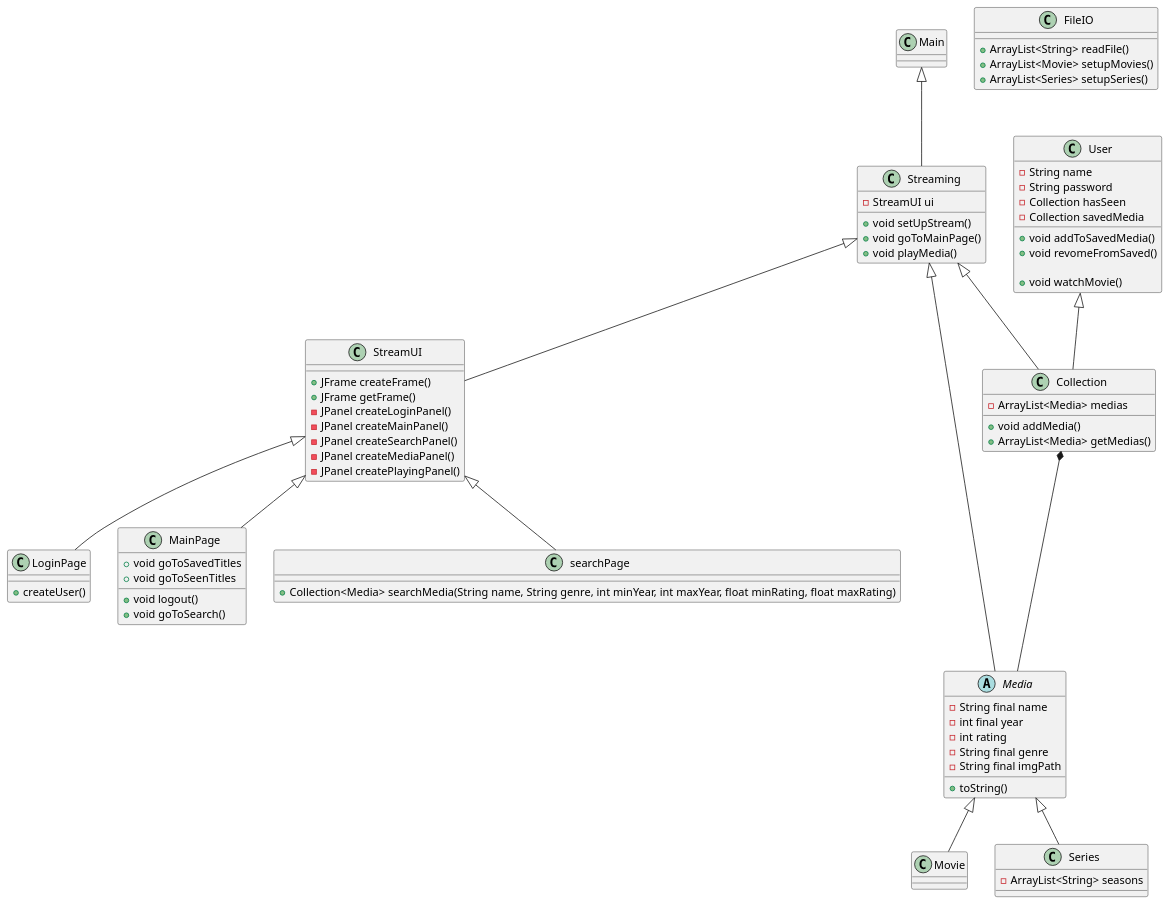
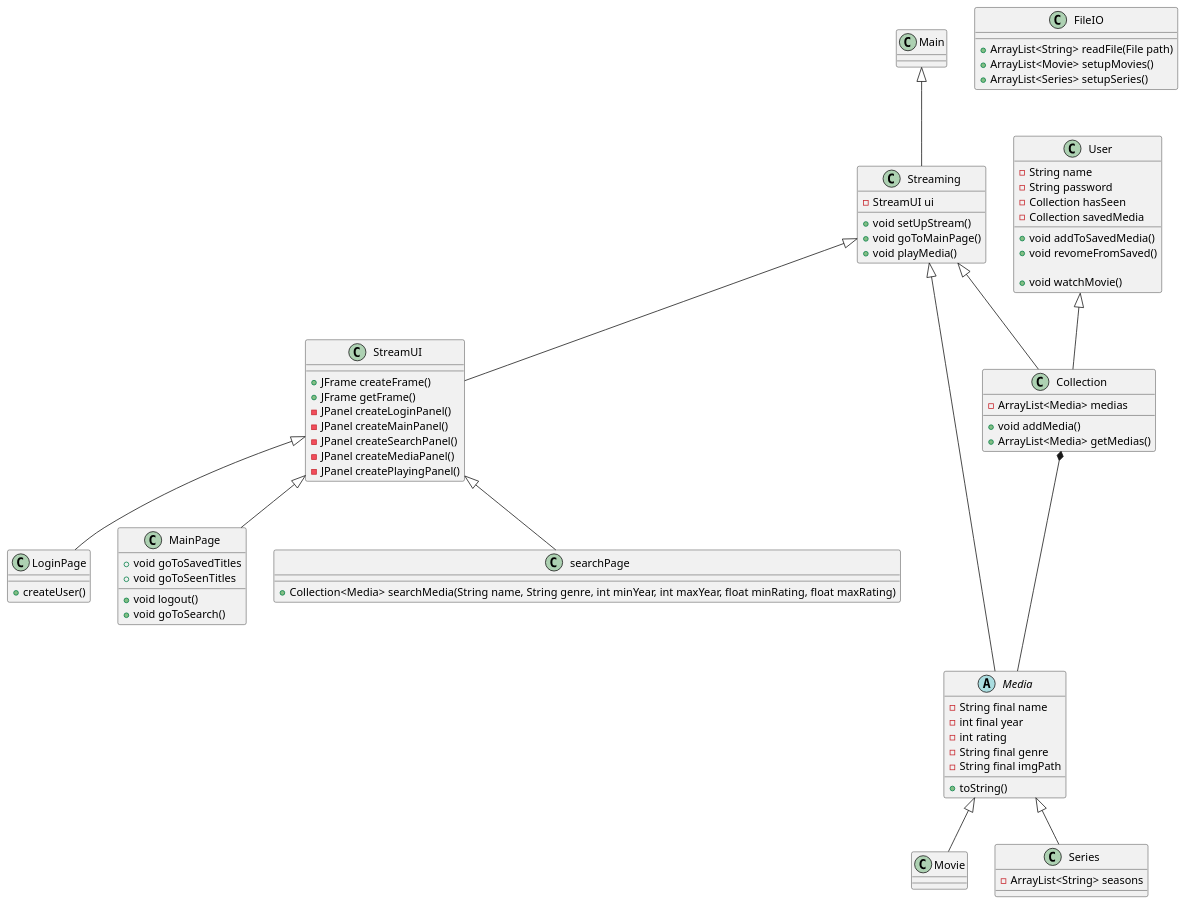
One commit to TheRealJackiBoi/dat1-sp3-streaming changed the diagram in Documentation/Streaming.puml. Above: the diagram before and after it, drawn with PlantUML. The commit also changed 1 other file, not shown here.

```diff
--- a/Documentation/Streaming.puml
+++ b/Documentation/Streaming.puml
@@ -1,94 +1,94 @@
 @startuml
 
 'https://plantuml.com/class-diagram
 
 class Main{
 
 }
 
 Main <|-- Streaming
 class Streaming{
 -StreamUI ui
 +void setUpStream()
 +void goToMainPage()
 +void playMedia()
 }
 
 StreamUI <|-- LoginPage
 class LoginPage{
 + createUser()
 
 }
 
 StreamUI <|-- MainPage
 class MainPage {
 +void logout()
 +void goToSearch()
 +void goToSavedTitles
 +void goToSeenTitles
 }
 
 StreamUI <|-- searchPage
 class searchPage{
 
 +Collection<Media> searchMedia(String name, String genre, int minYear, int maxYear, float minRating, float maxRating)
 }
 
 Streaming <|-- StreamUI
 class StreamUI {
 +JFrame createFrame()
 +JFrame getFrame()
 -JPanel createLoginPanel()
 -JPanel createMainPanel()
 -JPanel createSearchPanel()
 -JPanel createMediaPanel()
 -JPanel createPlayingPanel()
 }
 
 Streaming <|-- Media
 Streaming <|-- Collection
 abstract class Media {
 -String final name
 -int final year
 -int rating
 -String final genre
 -String final imgPath
 +toString()
 }
 
 class Movie extends Media {
 
 }
 
 class Series extends Media {
 -ArrayList<String> seasons
 }
 
 Collection *--- Media
 class Collection {
 -ArrayList<Media> medias
 +void addMedia()
 +ArrayList<Media> getMedias()
 }
 
 class FileIO {
-+ArrayList<String> readFile()
++ArrayList<String> readFile(File path)
 +ArrayList<Movie> setupMovies()
 +ArrayList<Series> setupSeries()
 }
 
 User <|-- Collection
 class User {
 -String name
 -String password
 -Collection hasSeen
 -Collection savedMedia
 
 +void addToSavedMedia()
 +void revomeFromSaved()
 
 +void watchMovie()
 }
 
 
 @enduml
```
